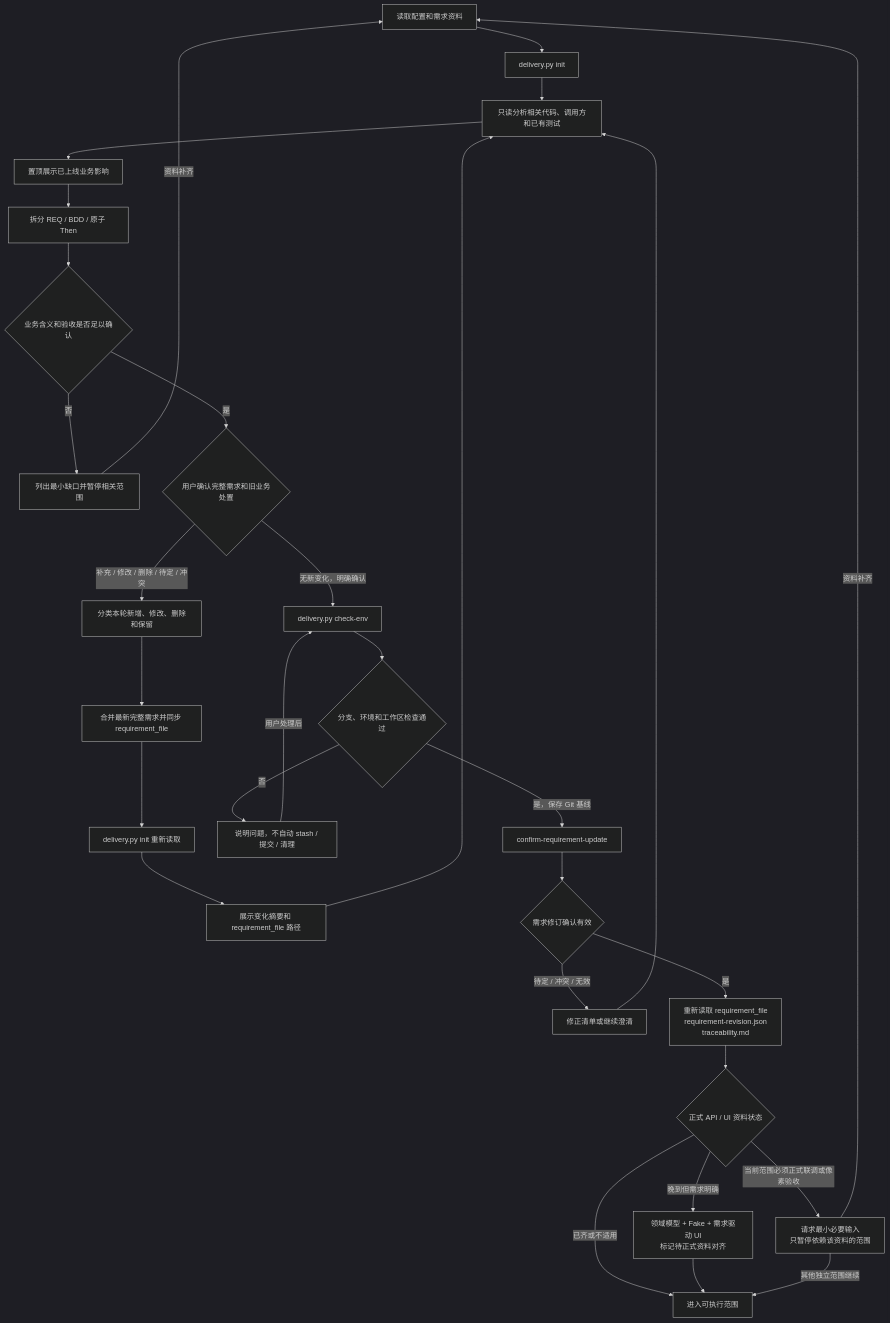
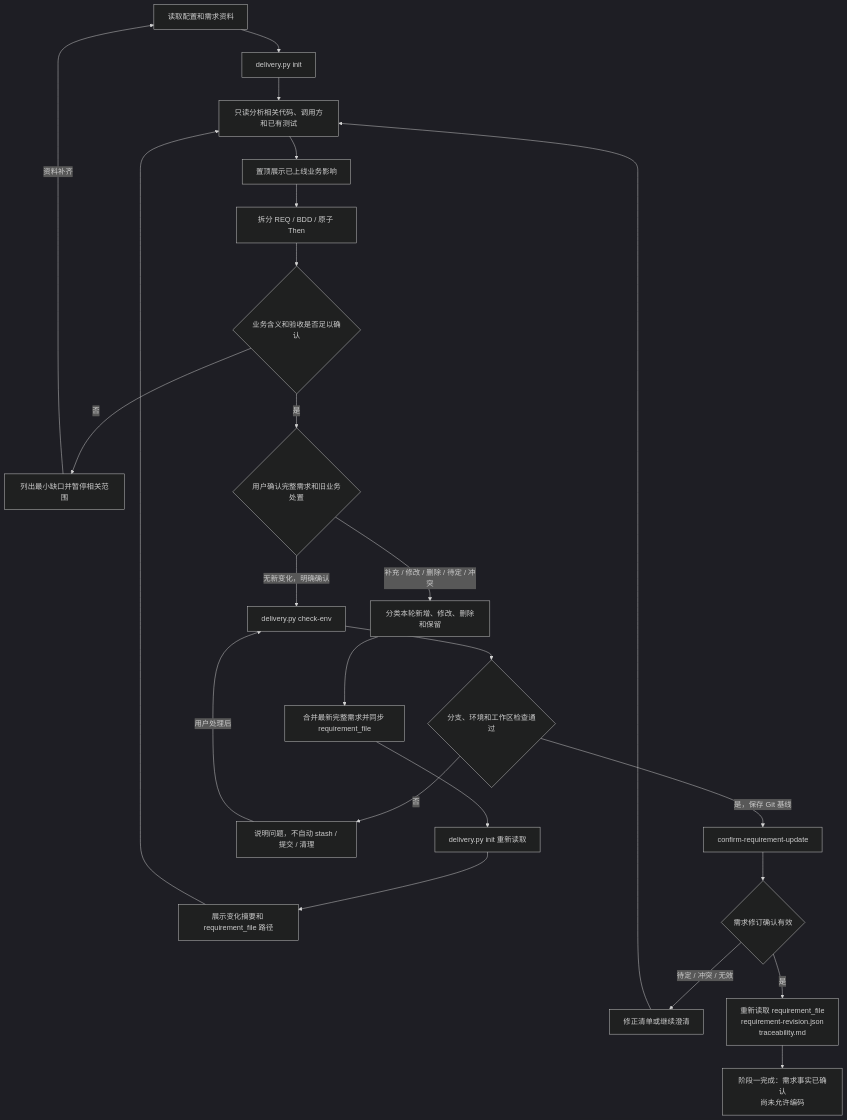
The second of 4 diagrams in AI_DELIVERY_WORKFLOW_GUIDELINES.md (yejuntian/android-delivery-skills), drawn with Mermaid (dark theme) before and after one commit. The commit also changed other lines of this file and 20 other files, not shown here.

````diff
--- a/AI_DELIVERY_WORKFLOW_GUIDELINES.md
+++ b/AI_DELIVERY_WORKFLOW_GUIDELINES.md
@@ -176,32 +177,26 @@
 ```mermaid
 flowchart TD
         A["读取配置和需求资料"] --> B["delivery.py init"]
         B --> C["只读分析相关代码、调用方和已有测试"]
         C --> D["置顶展示已上线业务影响"]
         D --> E["拆分 REQ / BDD / 原子 Then"]
         E --> DOR{"业务含义和验收是否足以确认"}
         DOR -- "否" --> NEED["列出最小缺口并暂停相关范围"]
         NEED -- "资料补齐" --> A
         DOR -- "是" --> F{"用户确认完整需求和旧业务处置"}
         F -- "补充 / 修改 / 删除 / 待定 / 冲突" --> G["分类本轮新增、修改、删除和保留"]
         G --> G1["合并最新完整需求并同步 requirement_file"]
         G1 --> G2["delivery.py init 重新读取"]
         G2 --> G3["展示变化摘要和 requirement_file 路径"]
         G3 --> C
         F -- "无新变化，明确确认" --> B1["delivery.py check-env"]
         B1 --> ENV{"分支、环境和工作区检查通过"}
         ENV -- "否" --> ENVFAIL["说明问题，不自动 stash / 提交 / 清理"]
         ENVFAIL -- "用户处理后" --> B1
         ENV -- "是，保存 Git 基线" --> H["confirm-requirement-update"]
         H --> REV{"需求修订确认有效"}
         REV -- "待定 / 冲突 / 无效" --> REVFIX["修正清单或继续澄清"]
         REVFIX --> C
         REV -- "是" --> FACTS["重新读取 requirement_file<br/>requirement-revision.json<br/>traceability.md"]
-        FACTS --> INPUT{"正式 API / UI 资料状态"}
-        INPUT -- "已齐或不适用" --> READY["进入可执行范围"]
-        INPUT -- "晚到但需求明确" --> PROVISIONAL["领域模型 + Fake + 需求驱动 UI<br/>标记待正式资料对齐"]
-        PROVISIONAL --> READY
-        INPUT -- "当前范围必须正式联调或像素验收" --> WAITINPUT["请求最小必要输入<br/>只暂停依赖该资料的范围"]
-        WAITINPUT -- "其他独立范围继续" --> READY
-        WAITINPUT -- "资料补齐" --> A
+        FACTS --> STAGE1["阶段一完成：需求事实已确认<br/>尚未允许编码"]
 ```
````
